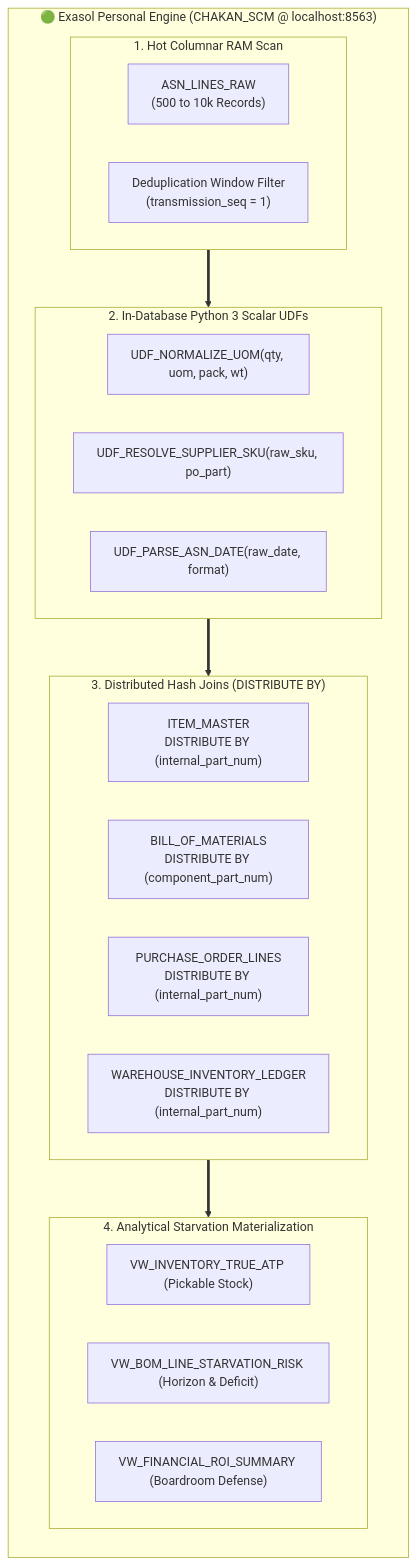
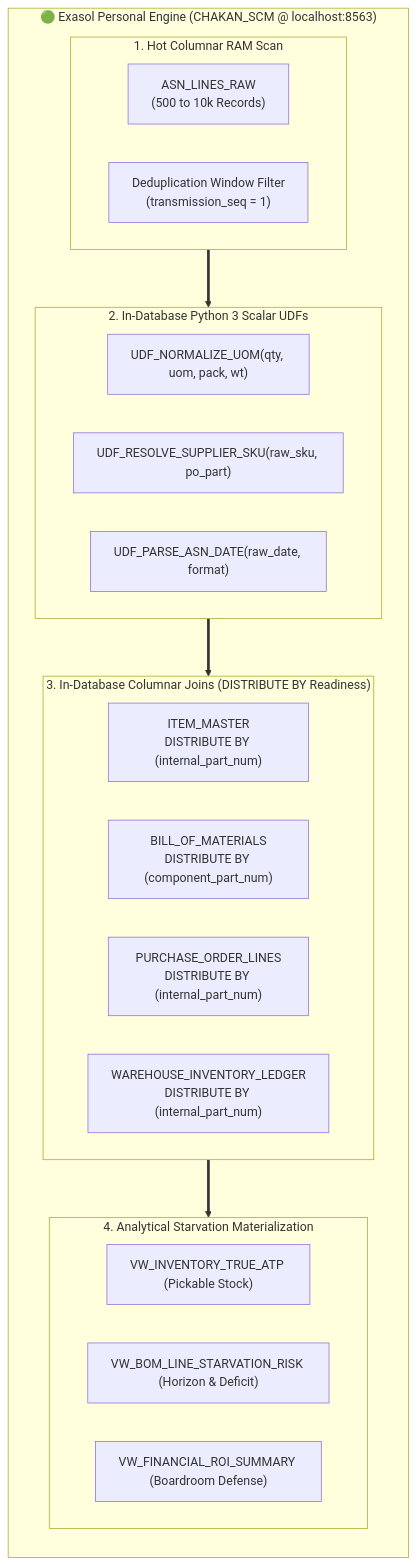
One commit to Khprateek/mangrove changed the third of 4 diagrams in pitch/PRESENTATION_SLIDES_DECK.md. Above: the diagram before and after it, drawn with Mermaid. The commit also changed other lines of this file and 5 other files, not shown here.

````diff
--- a/pitch/PRESENTATION_SLIDES_DECK.md
+++ b/pitch/PRESENTATION_SLIDES_DECK.md
@@ -71,33 +141,65 @@
 ```mermaid
+
 flowchart TD
+
     subgraph ExasolCluster ["🟢 Exasol Personal Engine (CHAKAN_SCM @ localhost:8563)"]
+
         direction TB
+
         subgraph MemoryScan ["1. Hot Columnar RAM Scan"]
+
             T1["ASN_LINES_RAW<br/>(500 to 10k Records)"]
+
             T2["Deduplication Window Filter<br/>(transmission_seq = 1)"]
+
         end
 
+
+
         subgraph UDFWorkers ["2. In-Database Python 3 Scalar UDFs"]
+
             U1["UDF_NORMALIZE_UOM(qty, uom, pack, wt)"]
+
             U2["UDF_RESOLVE_SUPPLIER_SKU(raw_sku, po_part)"]
+
             U3["UDF_PARSE_ASN_DATE(raw_date, format)"]
+
         end
 
-        subgraph CoLocatedJoins ["3. Distributed Hash Joins (DISTRIBUTE BY)"]
+
+
+        subgraph CoLocatedJoins ["3. In-Database Columnar Joins (DISTRIBUTE BY Readiness)"]
+
             J1["ITEM_MASTER<br/>DISTRIBUTE BY (internal_part_num)"]
+
             J2["BILL_OF_MATERIALS<br/>DISTRIBUTE BY (component_part_num)"]
+
             J3["PURCHASE_ORDER_LINES<br/>DISTRIBUTE BY (internal_part_num)"]
+
             J4["WAREHOUSE_INVENTORY_LEDGER<br/>DISTRIBUTE BY (internal_part_num)"]
+
         end
 
+
+
         subgraph Marts ["4. Analytical Starvation Materialization"]
+
             M1["VW_INVENTORY_TRUE_ATP (Pickable Stock)"]
+
             M2["VW_BOM_LINE_STARVATION_RISK (Horizon & Deficit)"]
+
             M3["VW_FINANCIAL_ROI_SUMMARY (Boardroom Defense)"]
+
         end
 
+
+
         MemoryScan ==> UDFWorkers
+
         UDFWorkers ==> CoLocatedJoins
+
         CoLocatedJoins ==> Marts
+
     end
+
 ```
````
